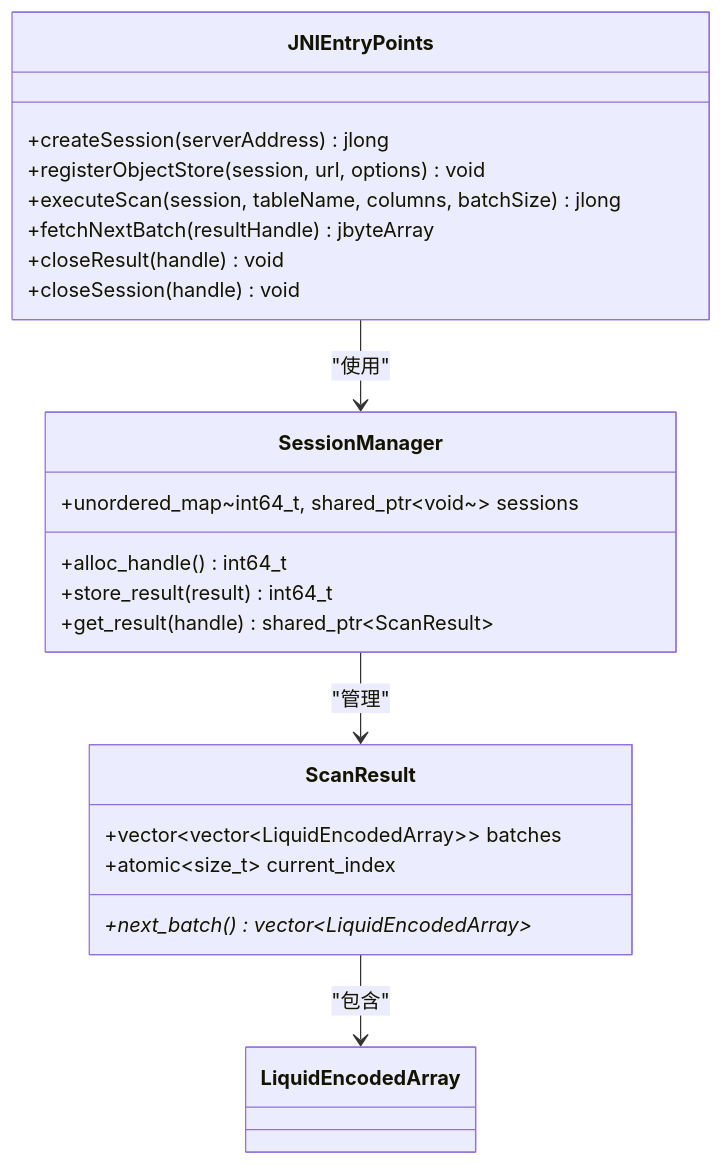
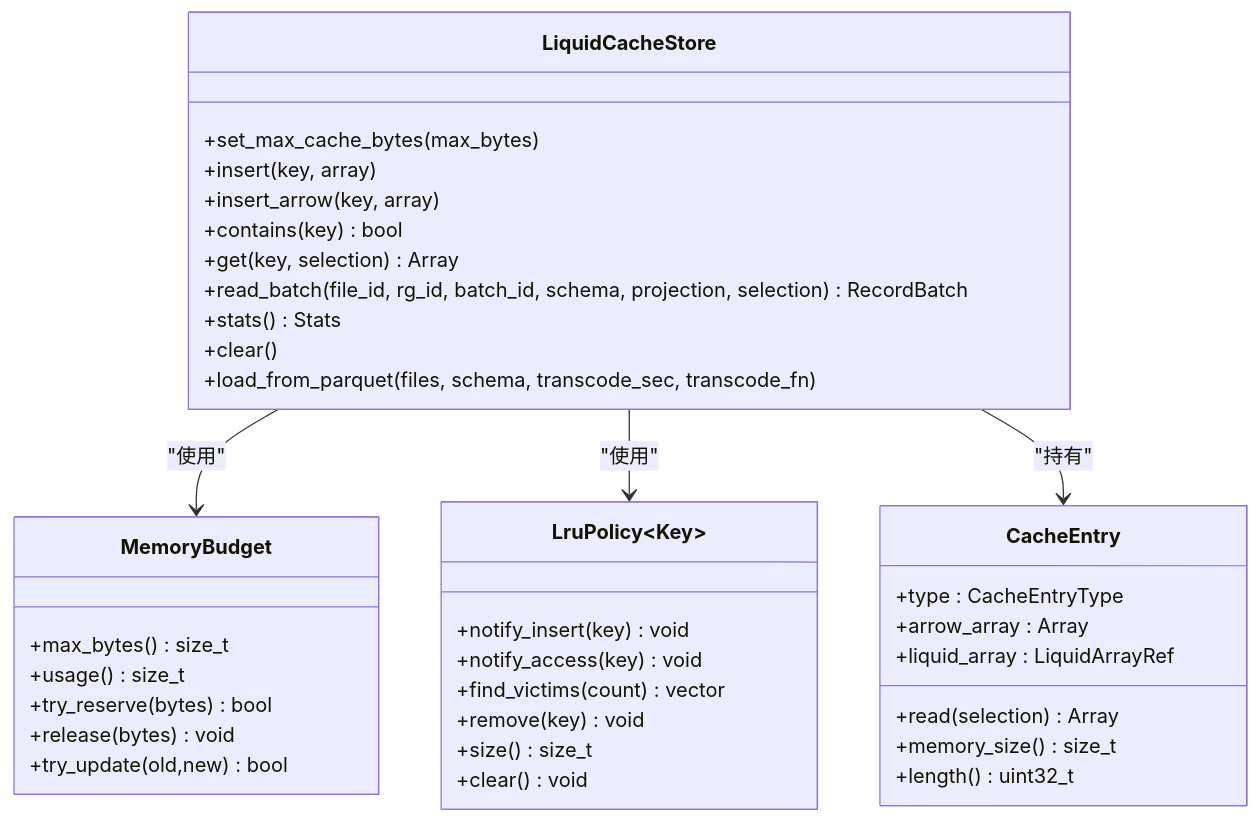
One commit to tenglei/liquidCacheVelox changed the third of 7 diagrams in .qoder/repowiki/zh/content/项目概述.md. Above: the diagram before and after it, drawn with Mermaid. The commit also changed other lines of this file and 324 other files, not shown here.

````diff
--- a/.qoder/repowiki/zh/content/项目概述.md
+++ b/.qoder/repowiki/zh/content/项目概述.md
@@ -235,25 +150,40 @@
 ```mermaid
 classDiagram
-class ScanResult {
-+vector~vector~LiquidEncodedArray~~ batches
-+atomic~size_t~ current_index
-+next_batch() vector~LiquidEncodedArray~*
+class LiquidCacheStore {
++set_max_cache_bytes(max_bytes)
++insert(key, array)
++insert_arrow(key, array)
++contains(key) bool
++get(key, selection) Array
++read_batch(file_id, rg_id, batch_id, schema, projection, selection) RecordBatch
++stats() Stats
++clear()
++load_from_parquet(files, schema, transcode_sec, transcode_fn)
 }
-class SessionManager {
-+unordered_map~int64_t, shared_ptr~void~~ sessions
-+alloc_handle() int64_t
-+store_result(result) int64_t
-+get_result(handle) shared_ptr~ScanResult~
+class MemoryBudget {
++max_bytes() size_t
++usage() size_t
++try_reserve(bytes) bool
++release(bytes) void
++try_update(old,new) bool
 }
-class JNIEntryPoints {
-+createSession(serverAddress) jlong
-+registerObjectStore(session, url, options) void
-+executeScan(session, tableName, columns, batchSize) jlong
-+fetchNextBatch(resultHandle) jbyteArray
-+closeResult(handle) void
-+closeSession(handle) void
+class LruPolicy~Key~ {
++notify_insert(key) void
++notify_access(key) void
++find_victims(count) vector<Key>
++remove(key) void
++size() size_t
++clear() void
 }
-ScanResult --> LiquidEncodedArray : "包含"
-SessionManager --> ScanResult : "管理"
-JNIEntryPoints --> SessionManager : "使用"
+class CacheEntry {
++type : CacheEntryType
++arrow_array : Array
++liquid_array : LiquidArrayRef
++read(selection) Array
++memory_size() size_t
++length() uint32_t
+}
+LiquidCacheStore --> MemoryBudget : "使用"
+LiquidCacheStore --> LruPolicy : "使用"
+LiquidCacheStore --> CacheEntry : "持有"
 ```
````
